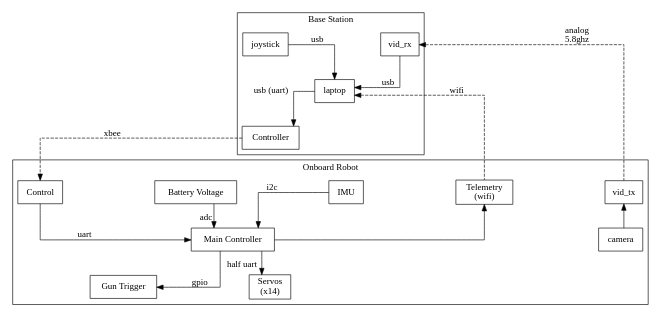
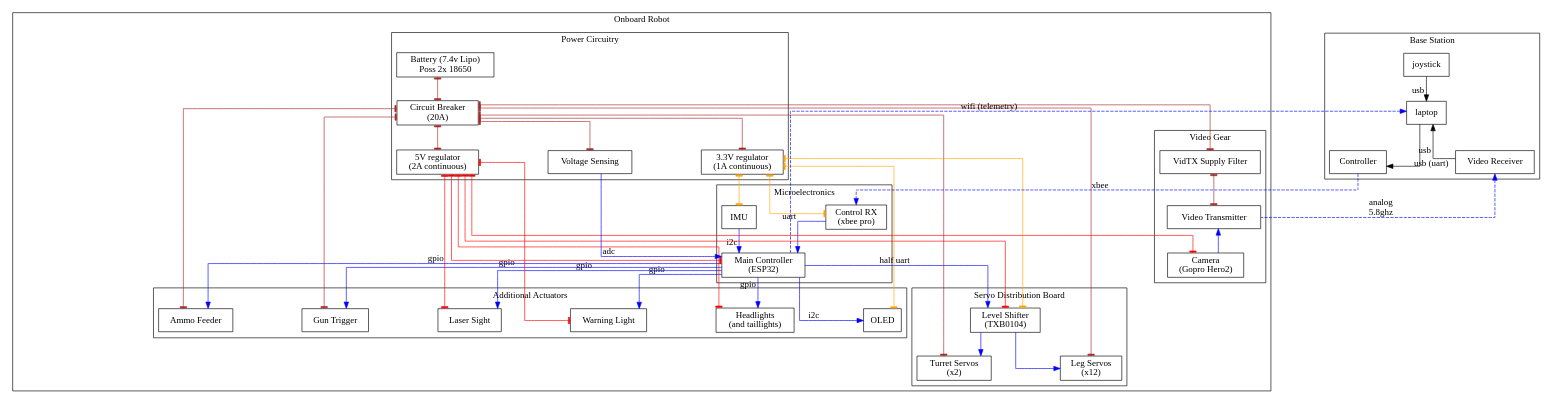
One commit to sdfgeoff/slate-mech changed the diagram in diagrams/communication.dot. Above: the diagram before and after it, drawn with Graphviz. The commit also changed 14 other files, not shown here.

```diff
--- a/diagrams/communication.dot
+++ b/diagrams/communication.dot
@@ -1,42 +1,141 @@
 digraph {
 	rankdir=TB
-	graph [splines=ortho, nodesep=2]
+	graph [splines=ortho, nodesep=1.5]
 	node [shape=record]
 
-	comm_ctl [label="Control"]
-	comm_telem [label="Telemetry\n(wifi)"]
-	mcu [label="Main Controller"]
-	gun [label="Gun Trigger"]
-	servos [label="Servos\n(x14)"]
-	imu [label="IMU"]
-	v_sens [label="Battery Voltage"]
-	controller [label="Controller"]
 
 	subgraph cluster_0 {
 		label = "Onboard Robot";
 
-		comm_ctl -> mcu [xlabel="uart"]
-		comm_telem -> mcu [dir=back]
-		mcu -> servos [xlabel="half uart"]
-		mcu -> gun [xlabel="gpio"]
-		v_sens -> mcu [xlabel="adc"]
-		imu -> mcu [xlabel="i2c"]
+		subgraph cluster_8 {
+			label = "Additional Actuators"
+			graph [nodesep=0]
+			warning_light [label="Warning Light"]
+			headlights [label="Headlights \n(and taillights)"]
+			laser_sight [label="Laser Sight"]
+			gun [label="Gun Trigger"]
+			ammo_feeder [label="Ammo Feeder"]
+			oled [label="OLED"]
+		}
 
-		{ rank=same; servos; gun; }
+		subgraph cluster_3 {
+			label = "Servo Distribution Board"
+			level_shifter [label="Level Shifter\n(TXB0104)"]
+			turret_servos [label="Turret Servos\n(x2)"]
+			leg_servos  [label="Leg Servos\n(x12)"]
+		}
 
-		vid_tx -> camera [dir=back]
+		subgraph cluster_4 {
+			label = "Video Gear"
+			tx_filter [label="VidTX Supply Filter"]
+			vid_tx [label="Video Transmitter"]
+			camera [label="Camera\n(Gopro Hero2)"]
+		}
+
+		subgraph cluster_6 {
+			label = "Microelectronics"
+			comm_ctl [label="Control RX\n(xbee pro)"]
+			mcu [label="Main Controller\n(ESP32)"]
+			imu [label="IMU"]
+
+		}
+
+		subgraph cluster_5 {
+			label = "Power Circuitry"
+			battery [label="Battery (7.4v Lipo)\n Poss 2x 18650"]
+			resetting_fuse [label="Circuit Breaker\n(20A)"]
+			vreg_5v [label="5V regulator\n(2A continuous)"]
+			vreg_3v [label="3.3V regulator\n(1A continuous)"]
+			v_sens [label="Voltage Sensing"]
+
+			//{ rank=same; battery v_sens }
+			//{ rank=same; resetting_fuse vreg_5v vreg_3v }
+		}
+
+
+		{	/*Control Signals*/
+			edge [color=blue]
+			comm_ctl -> mcu [xlabel="uart"]
+
+			mcu -> level_shifter [xlabel="half uart"]
+			level_shifter -> turret_servos
+			level_shifter -> leg_servos
+
+			v_sens -> mcu [xlabel="adc"]
+			{
+				edge [xlabel="i2c"]
+				imu -> mcu
+				mcu -> oled
+			}
+
+
+			{
+				edge [xlabel="gpio"]
+				mcu -> warning_light
+				mcu -> headlights
+				mcu -> laser_sight
+				mcu -> gun
+				mcu -> ammo_feeder
+			}
+
+
+			vid_tx -> camera [dir=back]
+		}
+
+		{ /* Voltage Connections */
+			edge [arrowhead=tee arrowtail=tee dir=both]
+
+			{ /* 7.4V */
+				edge [color=brown]
+				battery -> resetting_fuse
+				resetting_fuse -> v_sens
+				resetting_fuse -> tx_filter
+				resetting_fuse -> leg_servos
+				resetting_fuse -> turret_servos
+				resetting_fuse -> ammo_feeder
+				resetting_fuse -> gun
+				resetting_fuse -> vreg_5v
+				resetting_fuse -> vreg_3v
+				tx_filter -> vid_tx
+			}
+			{ /* 5V */
+				edge [color=red]
+				vreg_5v -> mcu
+				vreg_5v -> camera
+				vreg_5v -> level_shifter
+				vreg_5v -> warning_light
+				vreg_5v -> headlights
+				vreg_5v -> laser_sight
+
+
+			}
+			{ /* 3.3vV */
+				edge [color=orange]
+				vreg_3v -> imu
+				vreg_3v -> comm_ctl
+				vreg_3v -> level_shifter
+				vreg_3v -> oled
+			}
+		}
+
 	}
 	subgraph cluster_1 {
 		label = "Base Station";
-		vid_rx -> laptop [xlabel="usb"]
+
+		controller [label="Controller"]
+		vid_rx [label="Video Receiver"]
+
+		laptop -> vid_rx  [dir=back xlabel="usb"]
 		joystick -> laptop [xlabel="usb"]
 		laptop -> controller [xlabel="usb (uart)"]
 
 	}
 
-	controller -> comm_ctl [style="dashed", xlabel="xbee"]
-	laptop -> comm_telem [dir=back, style="dashed", xlabel="wifi"]
-	vid_rx -> vid_tx [dir=back, style="dashed", xlabel="analog\n5.8ghz"]
-
+	{
+		edge [style="dashed" color=blue]
+		controller -> comm_ctl [xlabel="xbee"]
+		laptop -> mcu [dir=back, xlabel="wifi (telemetry)" constraint=false]
+		vid_rx -> vid_tx [dir=back, xlabel="analog\n5.8ghz"]
+	}
 
 }
```
